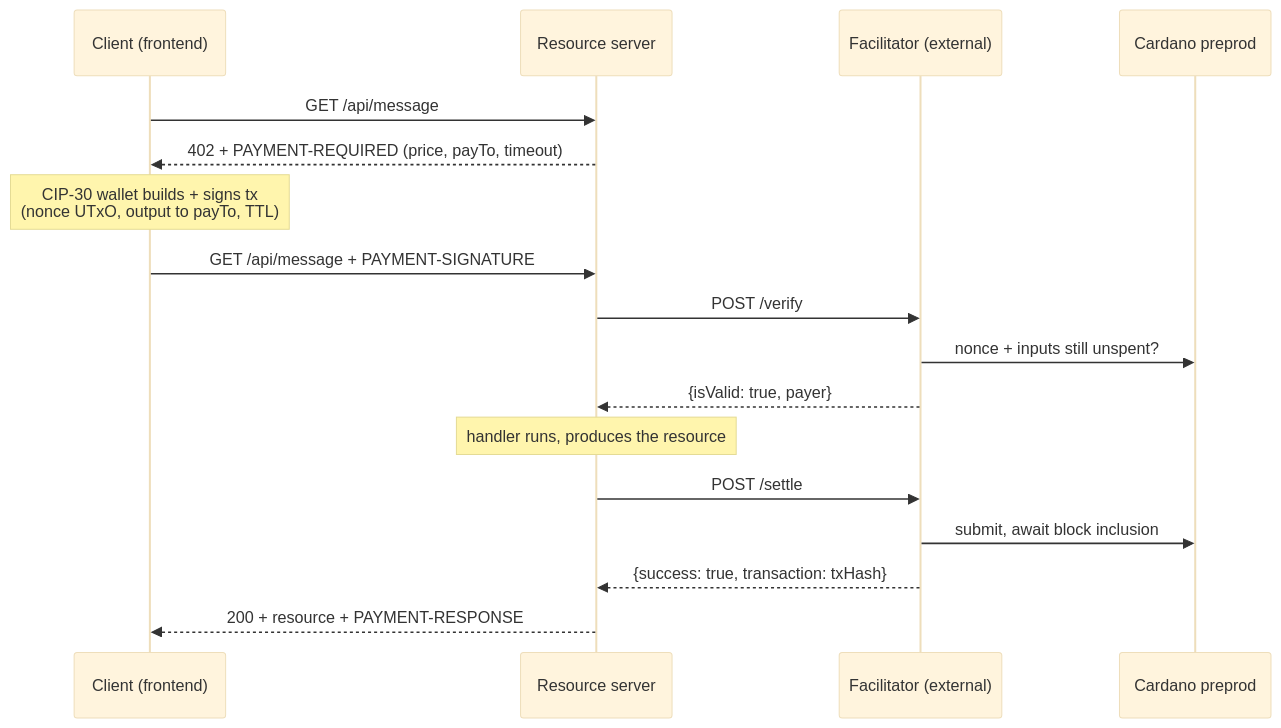
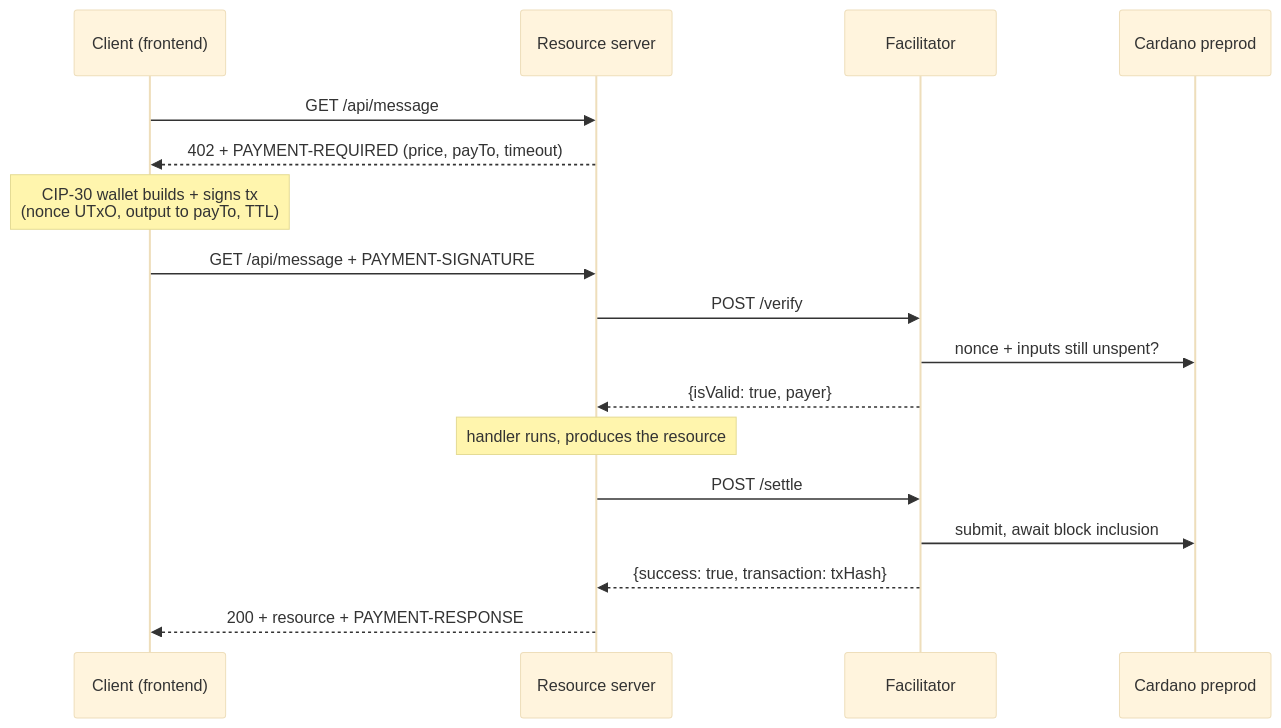
Before and after one commit to Kammerlo/x402-cardano-demo: the diagram in README.md, drawn with Mermaid (base theme). The commit also changed other lines of this file and 6 other files, not shown here.

````diff
--- a/README.md
+++ b/README.md
@@ -47,20 +48,20 @@
 ```mermaid
 sequenceDiagram
     participant C as Client (frontend)
     participant S as Resource server
-    participant F as Facilitator (external)
+    participant F as Facilitator
     participant X as Cardano preprod
 
     C->>S: GET /api/message
     S-->>C: 402 + PAYMENT-REQUIRED (price, payTo, timeout)
     Note over C: CIP-30 wallet builds + signs tx<br/>(nonce UTxO, output to payTo, TTL)
     C->>S: GET /api/message + PAYMENT-SIGNATURE
     S->>F: POST /verify
     F->>X: nonce + inputs still unspent?
     F-->>S: {isValid: true, payer}
     Note over S: handler runs, produces the resource
     S->>F: POST /settle
     F->>X: submit, await block inclusion
     F-->>S: {success: true, transaction: txHash}
     S-->>C: 200 + resource + PAYMENT-RESPONSE
 ```
````
